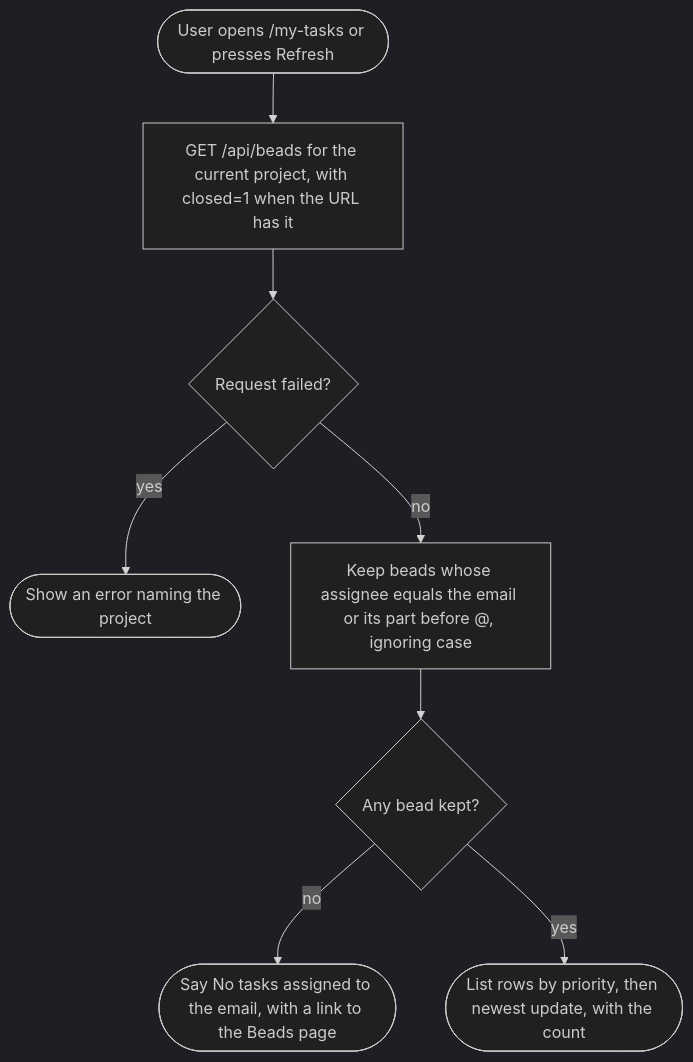
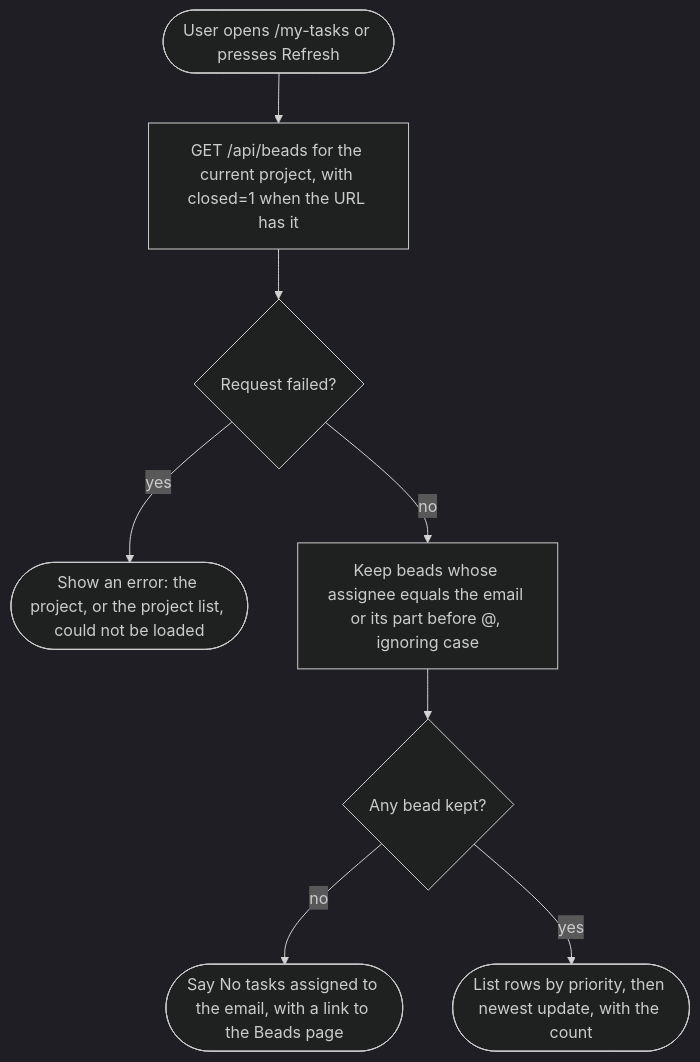
Before and after one commit to giangdhwhtbr/gin-console: the diagram in docs/specs/ui/diagrams/my-tasks-activity.md, drawn with Mermaid (dark theme). The commit also changed 2 other files, not shown here.

Commit message:
docs: rework and velocity use cases name the Retry (gin-console-k4l)

````diff
--- a/docs/specs/ui/diagrams/my-tasks-activity.md
+++ b/docs/specs/ui/diagrams/my-tasks-activity.md
@@ -5,10 +5,10 @@
 ```mermaid
 flowchart TD
   open([User opens /my-tasks or presses Refresh]) --> load[GET /api/beads for the current project, with closed=1 when the URL has it]
   load --> failed{Request failed?}
-  failed -- yes --> alert([Show an error naming the project])
+  failed -- yes --> alert([Show an error: the project, or the project list, could not be loaded])
   failed -- no --> match[Keep beads whose assignee equals the email or its part before @, ignoring case]
   match --> any{Any bead kept?}
   any -- no --> empty([Say No tasks assigned to the email, with a link to the Beads page])
   any -- yes --> list([List rows by priority, then newest update, with the count])
 ```
````
